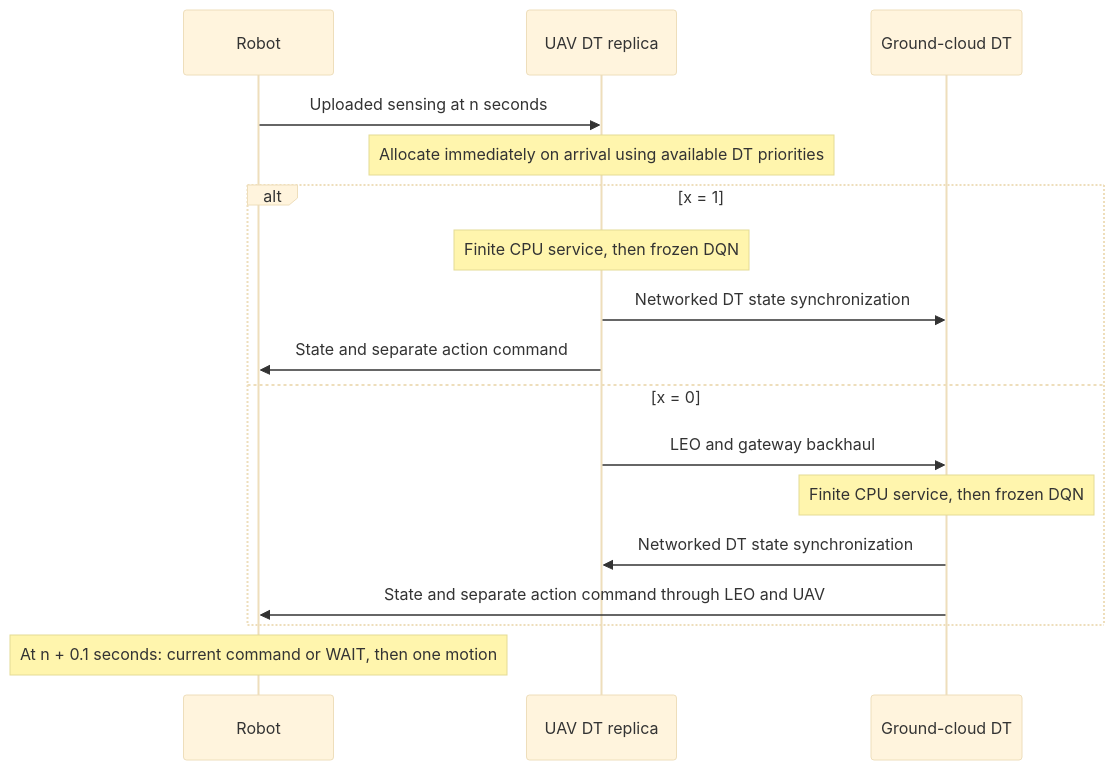
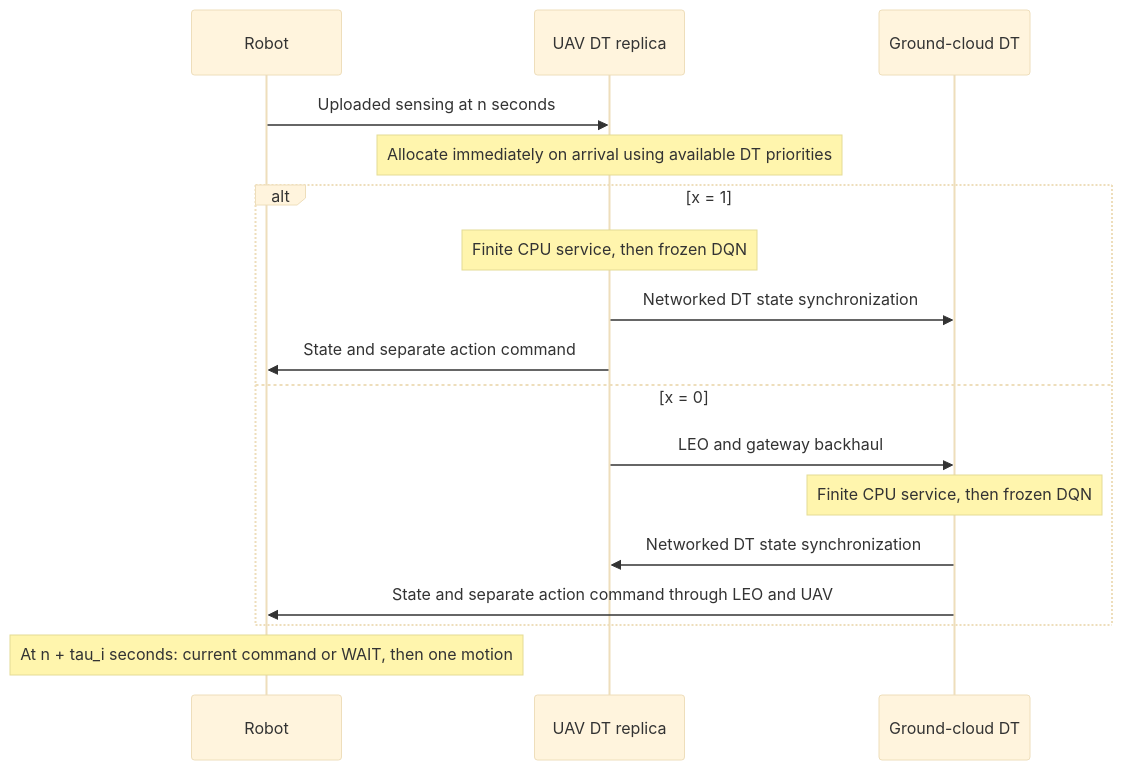
Before and after one commit to arman-dogru/SANGIN-MARL-DT: the diagram in REMOTE_DT.md, drawn with Mermaid (base theme).

Commit message:
Change deadline reference from '0.1' to 'tau_i' seconds
Updated timing reference in REMOTE_DT.md for clarity.

````diff
--- a/REMOTE_DT.md
+++ b/REMOTE_DT.md
@@ -10,19 +10,19 @@
 ```mermaid
 sequenceDiagram
     participant R as Robot
     participant U as UAV DT replica
     participant C as Ground-cloud DT
     R->>U: Uploaded sensing at n seconds
     Note over U: Allocate immediately on arrival using available DT priorities
     alt x = 1
         Note over U: Finite CPU service, then frozen DQN
         U->>C: Networked DT state synchronization
         U->>R: State and separate action command
     else x = 0
         U->>C: LEO and gateway backhaul
         Note over C: Finite CPU service, then frozen DQN
         C->>U: Networked DT state synchronization
         C->>R: State and separate action command through LEO and UAV
     end
-    Note over R: At n + 0.1 seconds: current command or WAIT, then one motion
+    Note over R: At n + tau_i seconds: current command or WAIT, then one motion
 ```
````
